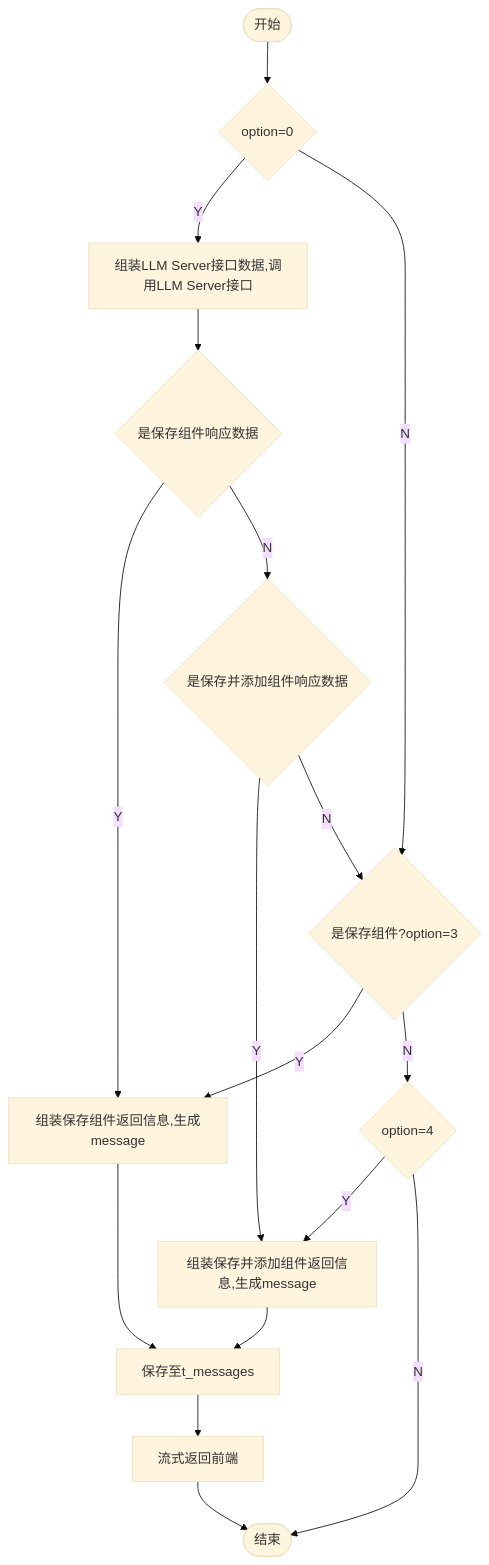
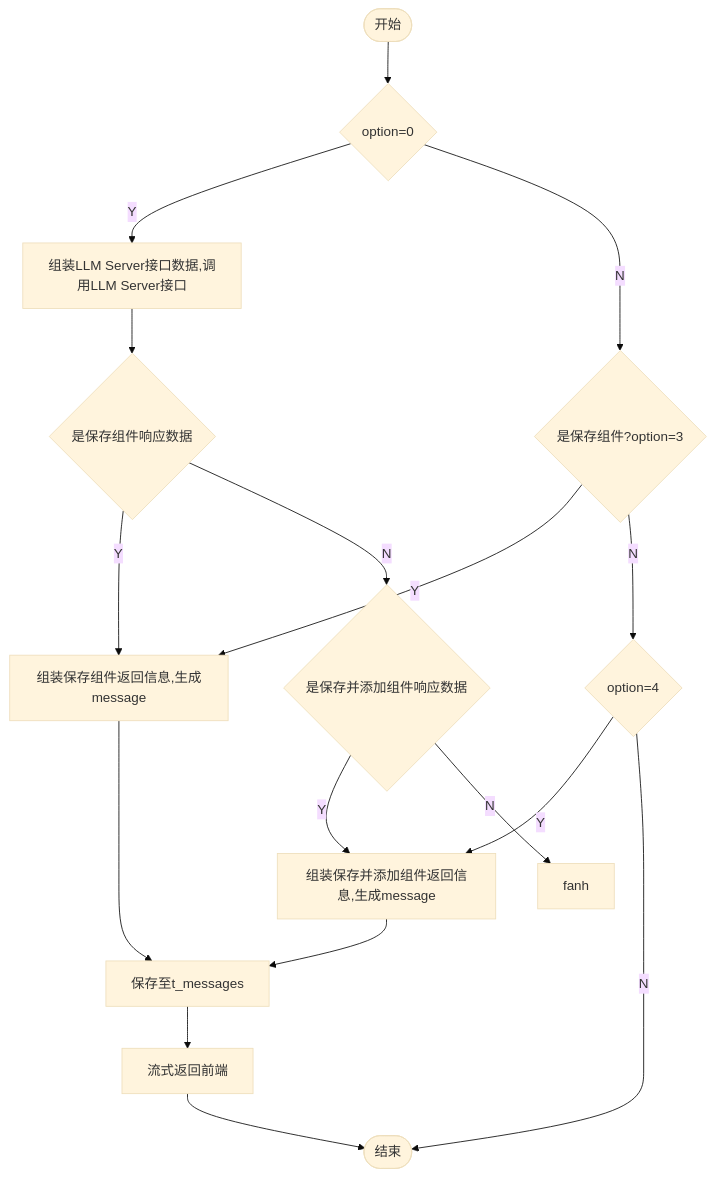
One commit to yingjianzh/iodraw-files changed the diagram in all/添加保存组件.md. Above: the diagram before and after it, drawn with Mermaid (base theme).

Commit message:
2024-10-14 13:42:06 update

````diff
--- a/all/添加保存组件.md
+++ b/all/添加保存组件.md
@@ -1,19 +1,19 @@
 ```mermaid
 flowchart TD
     A([开始]) --> B{option=0}
     B -- Y --> C[组装LLM Server接口数据,调用LLM Server接口]
     B -- N --> D{是保存组件?option=3}
     C --> E{是保存组件响应数据}
     E -- Y --> F[组装保存组件返回信息,生成message]
     E -- N --> L{是保存并添加组件响应数据}
     L -- Y --> K
-    L -- N --> 
+    L -- N --> fanh
     D -- Y --> F
     D -- N --> J{option=4}
     J -- Y --> K[组装保存并添加组件返回信息,生成message]
     K --> G
     J -- N --> I
     F --> G[保存至t_messages]
     G --> H[流式返回前端]
     H --> I([结束])
 ```
````
